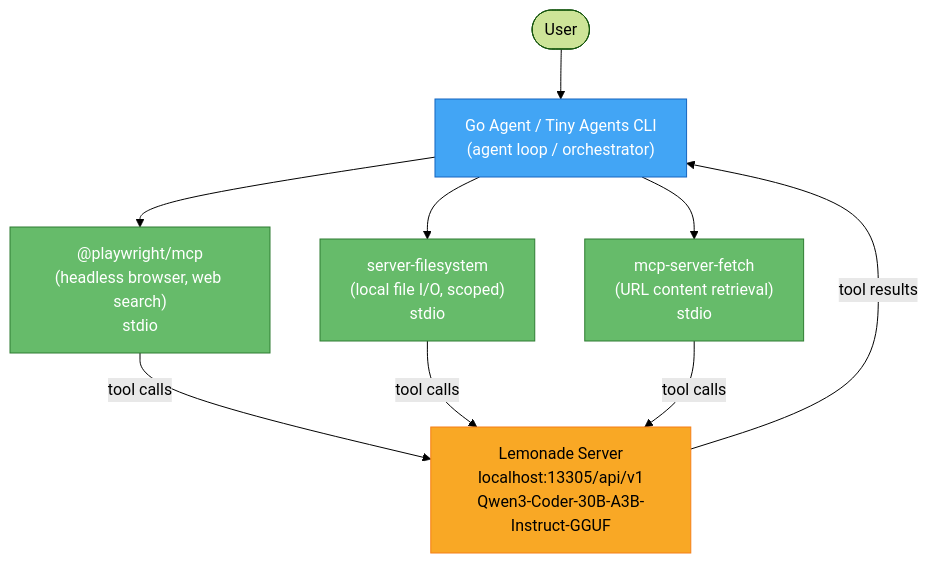
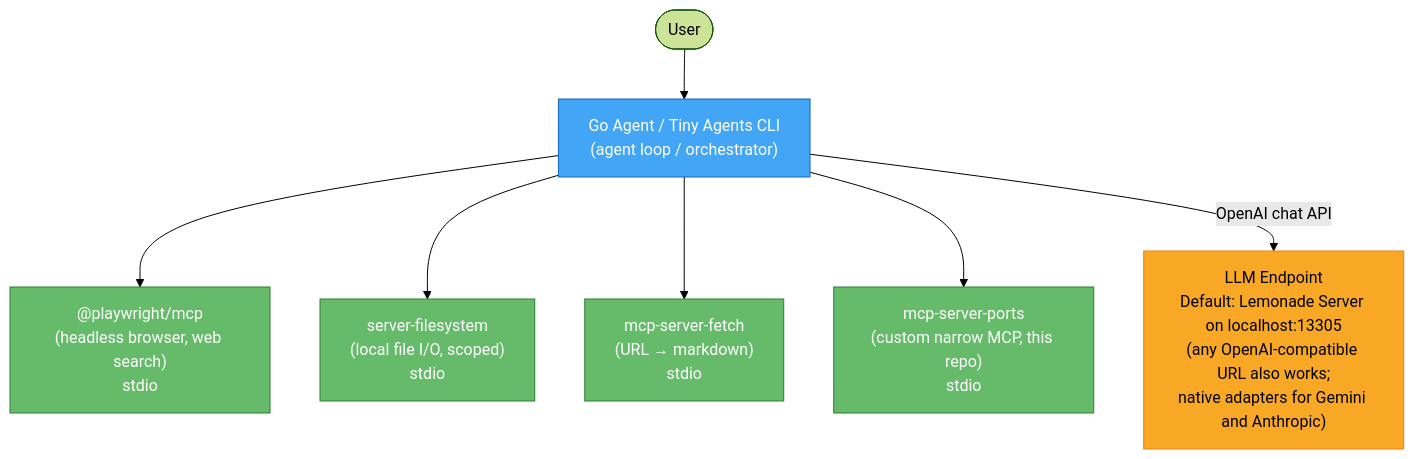
Before and after one commit to smarttechlabs-projects/go-agent: the first of 4 diagrams in README.md, drawn with Mermaid (forest theme). The commit also changed other lines of this file and 70 other files, not shown here.

````diff
--- a/README.md
+++ b/README.md
@@ -13,20 +65,18 @@
 ```mermaid
 graph TD
     User([User]) --> GA["Go Agent / Tiny Agents CLI<br/>(agent loop / orchestrator)"]
 
     GA --> PW["@playwright/mcp<br/>(headless browser, web search)<br/>stdio"]
     GA --> FS["server-filesystem<br/>(local file I/O, scoped)<br/>stdio"]
-    GA --> FE["mcp-server-fetch<br/>(URL content retrieval)<br/>stdio"]
+    GA --> FE["mcp-server-fetch<br/>(URL → markdown)<br/>stdio"]
+    GA --> PS["mcp-server-ports<br/>(custom narrow MCP, this repo)<br/>stdio"]
 
-    PW --> |tool calls| LS["Lemonade Server<br/>localhost:13305/api/v1<br/>Qwen3-Coder-30B-A3B-Instruct-GGUF"]
-    FS --> |tool calls| LS
-    FE --> |tool calls| LS
-
-    LS --> |tool results| GA
+    GA --> |OpenAI chat API| LS["LLM Endpoint<br/>Default: Lemonade Server on localhost:13305<br/>(any OpenAI-compatible URL also works;<br/>native adapters for Gemini and Anthropic)"]
 
     style LS fill:#f9a825,stroke:#f57f17,color:#000
     style GA fill:#42a5f5,stroke:#1565c0,color:#fff
     style PW fill:#66bb6a,stroke:#2e7d32,color:#fff
     style FS fill:#66bb6a,stroke:#2e7d32,color:#fff
     style FE fill:#66bb6a,stroke:#2e7d32,color:#fff
+    style PS fill:#66bb6a,stroke:#2e7d32,color:#fff
 ```
````
